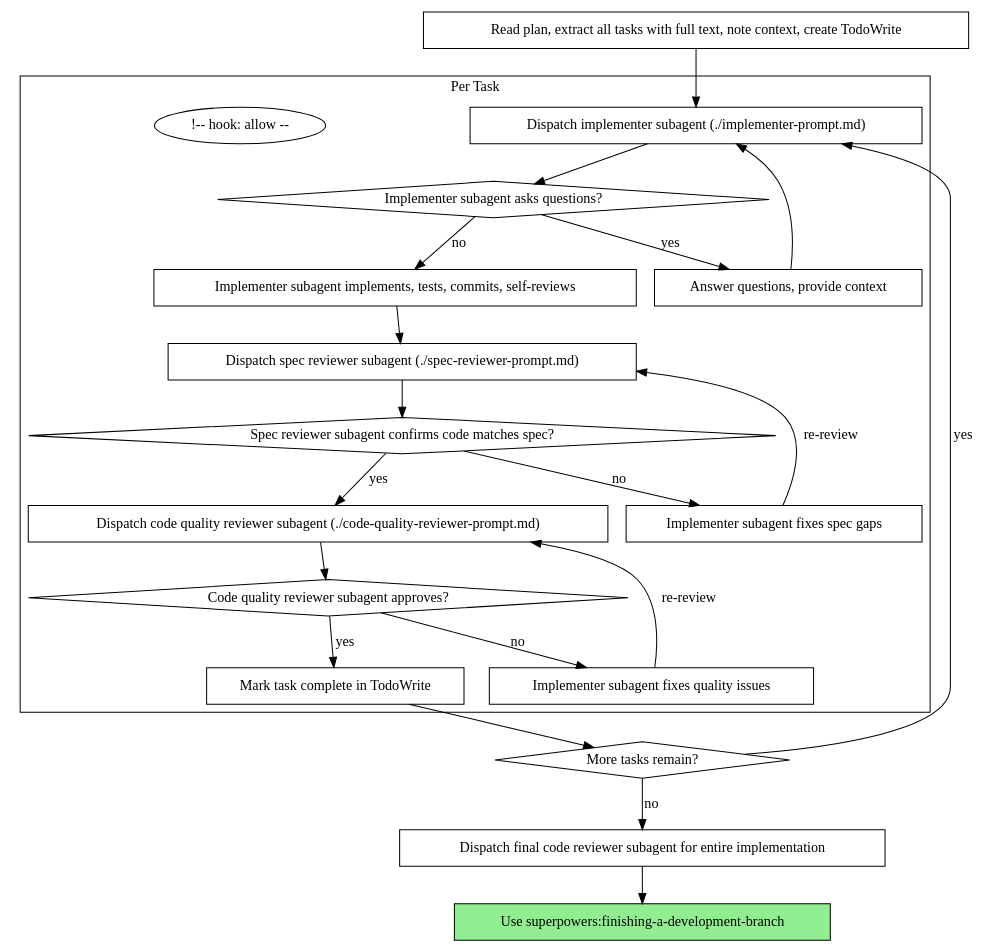
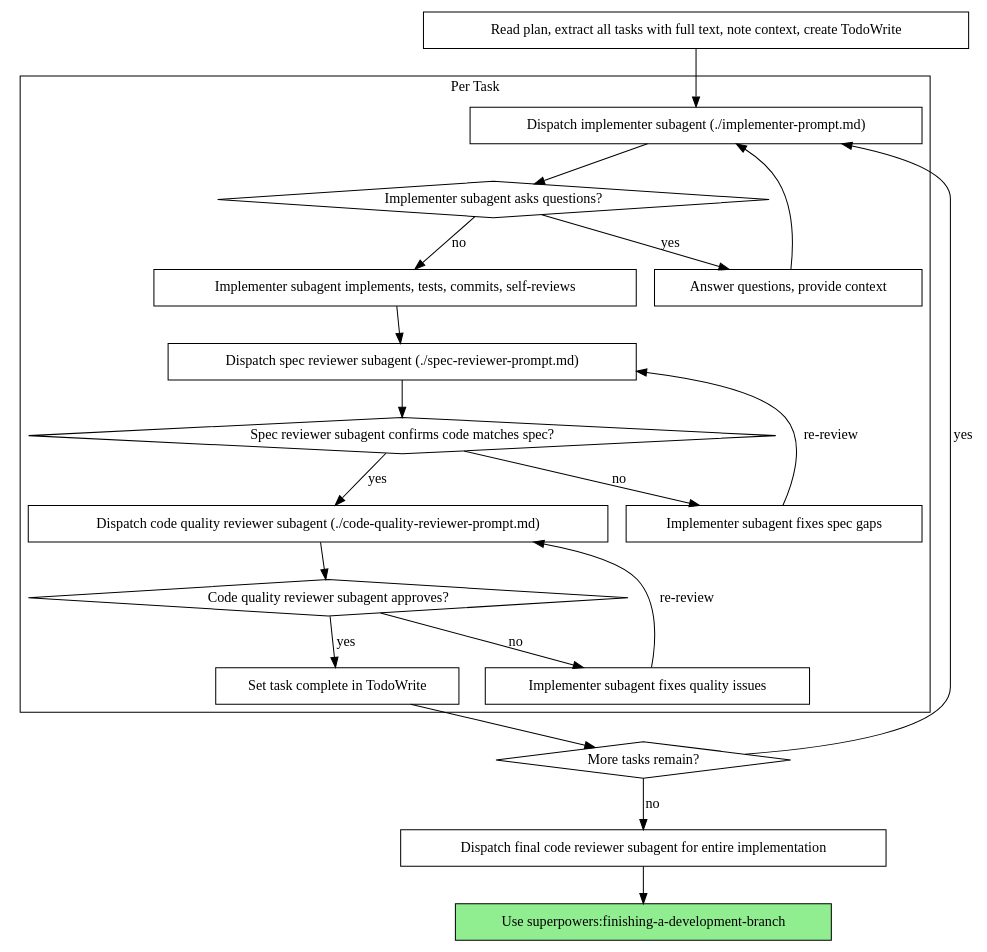
The second of 2 diagrams in .agents/skills/subagent-driven-development/SKILL.md (redmarklogic/redline), drawn with Graphviz before and after one commit. The commit also changed other lines of this file and 5 other files, not shown here.

````diff
--- a/.agents/skills/subagent-driven-development/SKILL.md
+++ b/.agents/skills/subagent-driven-development/SKILL.md
@@ -44,44 +44,44 @@
 ```dot
 digraph process {
     rankdir=TB;
 
     subgraph cluster_per_task {
         label="Per Task";
         "Dispatch implementer subagent (./implementer-prompt.md)" [shape=box];
         "Implementer subagent asks questions?" [shape=diamond];
         "Answer questions, provide context" [shape=box];
         "Implementer subagent implements, tests, commits, self-reviews" [shape=box];
         "Dispatch spec reviewer subagent (./spec-reviewer-prompt.md)" [shape=box];
         "Spec reviewer subagent confirms code matches spec?" [shape=diamond];
         "Implementer subagent fixes spec gaps" [shape=box];
         "Dispatch code quality reviewer subagent (./code-quality-reviewer-prompt.md)" [shape=box];
         "Code quality reviewer subagent approves?" [shape=diamond];
         "Implementer subagent fixes quality issues" [shape=box];
-        "Mark task complete in TodoWrite" [shape=box]; <!-- hook: allow -->
+        "Set task complete in TodoWrite" [shape=box];
     }
 
     "Read plan, extract all tasks with full text, note context, create TodoWrite" [shape=box];
     "More tasks remain?" [shape=diamond];
     "Dispatch final code reviewer subagent for entire implementation" [shape=box];
     "Use superpowers:finishing-a-development-branch" [shape=box style=filled fillcolor=lightgreen];
 
     "Read plan, extract all tasks with full text, note context, create TodoWrite" -> "Dispatch implementer subagent (./implementer-prompt.md)";
     "Dispatch implementer subagent (./implementer-prompt.md)" -> "Implementer subagent asks questions?";
     "Implementer subagent asks questions?" -> "Answer questions, provide context" [label="yes"];
     "Answer questions, provide context" -> "Dispatch implementer subagent (./implementer-prompt.md)";
     "Implementer subagent asks questions?" -> "Implementer subagent implements, tests, commits, self-reviews" [label="no"];
     "Implementer subagent implements, tests, commits, self-reviews" -> "Dispatch spec reviewer subagent (./spec-reviewer-prompt.md)";
     "Dispatch spec reviewer subagent (./spec-reviewer-prompt.md)" -> "Spec reviewer subagent confirms code matches spec?";
     "Spec reviewer subagent confirms code matches spec?" -> "Implementer subagent fixes spec gaps" [label="no"];
     "Implementer subagent fixes spec gaps" -> "Dispatch spec reviewer subagent (./spec-reviewer-prompt.md)" [label="re-review"];
     "Spec reviewer subagent confirms code matches spec?" -> "Dispatch code quality reviewer subagent (./code-quality-reviewer-prompt.md)" [label="yes"];
     "Dispatch code quality reviewer subagent (./code-quality-reviewer-prompt.md)" -> "Code quality reviewer subagent approves?";
     "Code quality reviewer subagent approves?" -> "Implementer subagent fixes quality issues" [label="no"];
     "Implementer subagent fixes quality issues" -> "Dispatch code quality reviewer subagent (./code-quality-reviewer-prompt.md)" [label="re-review"];
-    "Code quality reviewer subagent approves?" -> "Mark task complete in TodoWrite" [label="yes"]; <!-- hook: allow -->
-    "Mark task complete in TodoWrite" -> "More tasks remain?"; <!-- hook: allow -->
+    "Code quality reviewer subagent approves?" -> "Set task complete in TodoWrite" [label="yes"];
+    "Set task complete in TodoWrite" -> "More tasks remain?";
     "More tasks remain?" -> "Dispatch implementer subagent (./implementer-prompt.md)" [label="yes"];
     "More tasks remain?" -> "Dispatch final code reviewer subagent for entire implementation" [label="no"];
     "Dispatch final code reviewer subagent for entire implementation" -> "Use superpowers:finishing-a-development-branch";
 }
 ```
````
